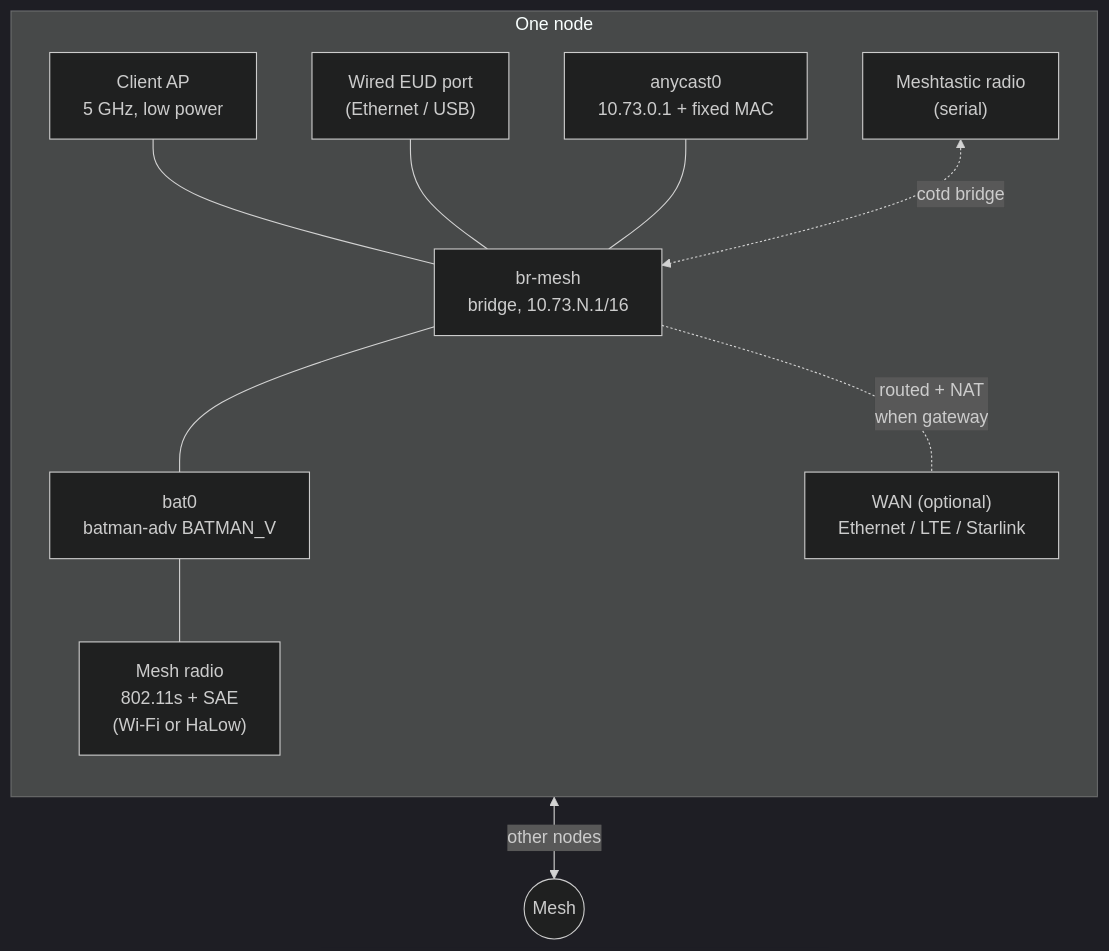
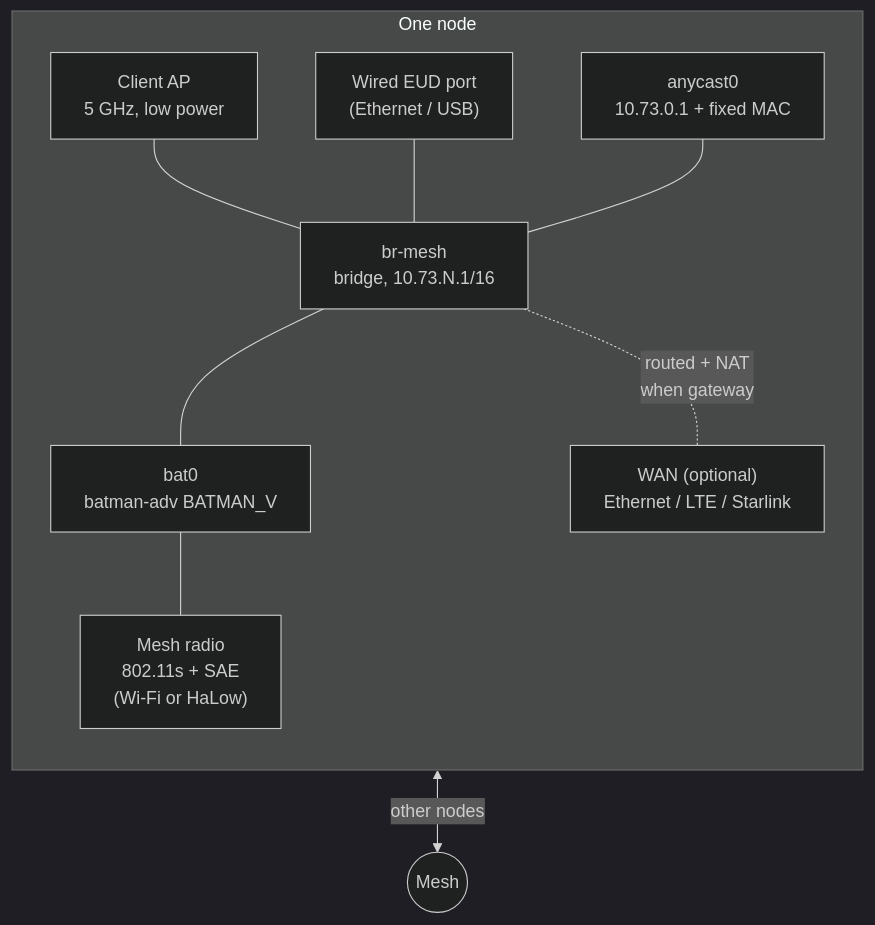
The diagram in docs/architecture.md (ifHoncho/trellis-core), drawn with Mermaid (dark theme) before and after one commit. The commit also changed other lines of this file and 8 other files, not shown here.

First line of the commit message:
Show saved settings at once; drop Meshtastic; extend the roadmap

````diff
--- a/docs/architecture.md
+++ b/docs/architecture.md
@@ -55,22 +55,20 @@
 ```mermaid
 flowchart TB
     subgraph node["One node"]
         direction TB
         AP["Client AP<br/>5 GHz, low power"]
         USB["Wired EUD port<br/>(Ethernet / USB)"]
         AC["anycast0<br/>10.73.0.1 + fixed MAC"]
         BR["br-mesh<br/>bridge, 10.73.N.1/16"]
         BAT["bat0<br/>batman-adv BATMAN_V"]
         RADIO["Mesh radio<br/>802.11s + SAE<br/>(Wi-Fi or HaLow)"]
         WAN["WAN (optional)<br/>Ethernet / LTE / Starlink"]
-        LORA["Meshtastic radio<br/>(serial)"]
         AP --- BR
         USB --- BR
         AC --- BR
         BR --- BAT
         BAT --- RADIO
         BR -. "routed + NAT<br/>when gateway" .- WAN
     end
     RADIO <-->|"other nodes"| MESH(("Mesh"))
-    LORA <-.->|"cotd bridge"| BR
 ```
````
